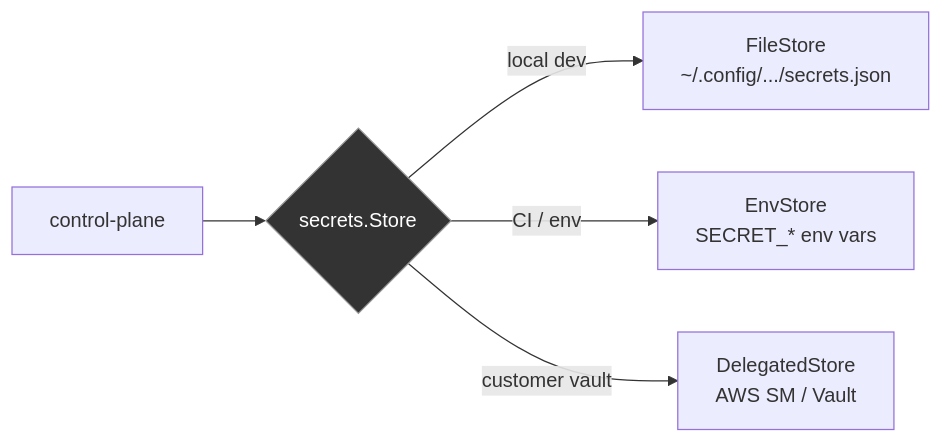
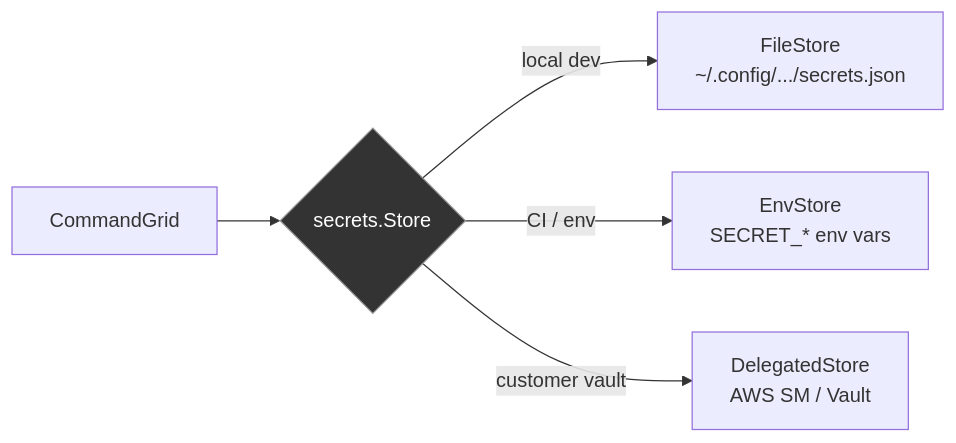
Before and after one commit to Travbz/control-plane: the fourth of 4 diagrams in README.md, drawn with Mermaid. The commit also changed other lines of this file and 6 other files, not shown here.

````diff
--- a/README.md
+++ b/README.md
@@ -308,9 +308,9 @@
 ```mermaid
 flowchart LR
-    CP[control-plane] --> IF{secrets.Store}
+    CP[CommandGrid] --> IF{secrets.Store}
     IF -->|local dev| FS[FileStore<br/>~/.config/.../secrets.json]
     IF -->|CI / env| ES[EnvStore<br/>SECRET_* env vars]
     IF -->|customer vault| DS[DelegatedStore<br/>AWS SM / Vault]
 
     style IF fill:#333,stroke:#999,color:#fff
 ```
````
